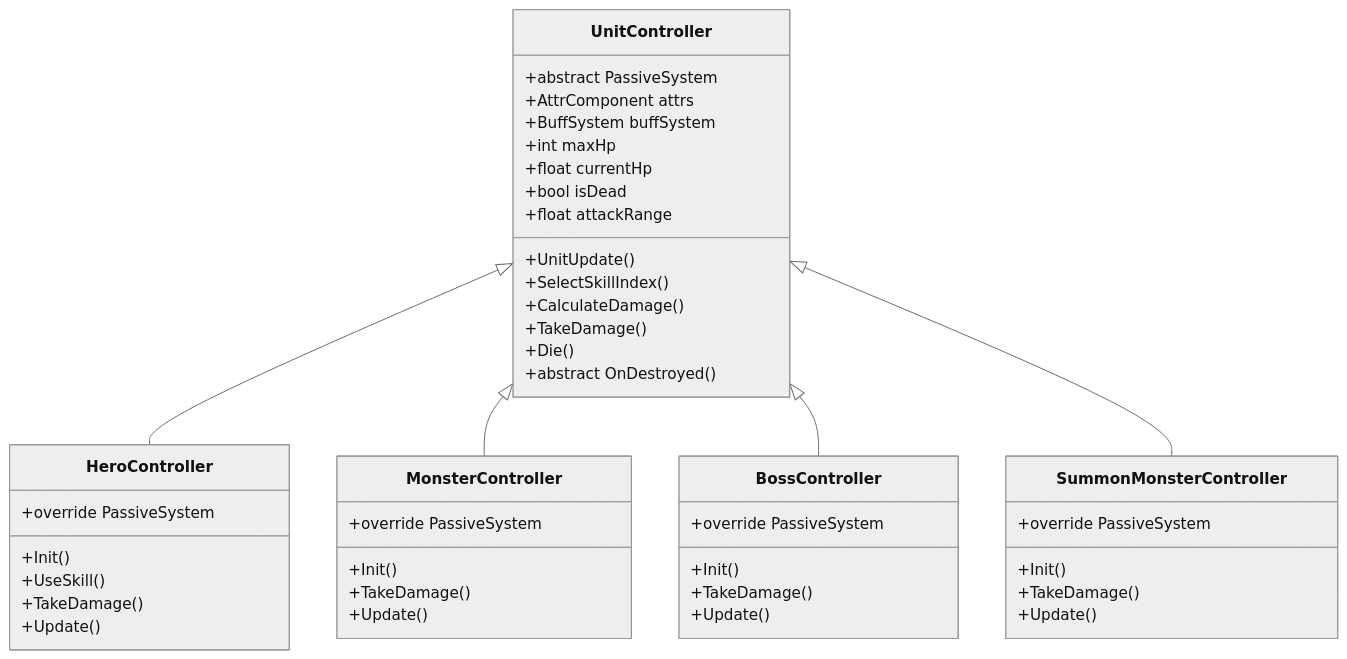
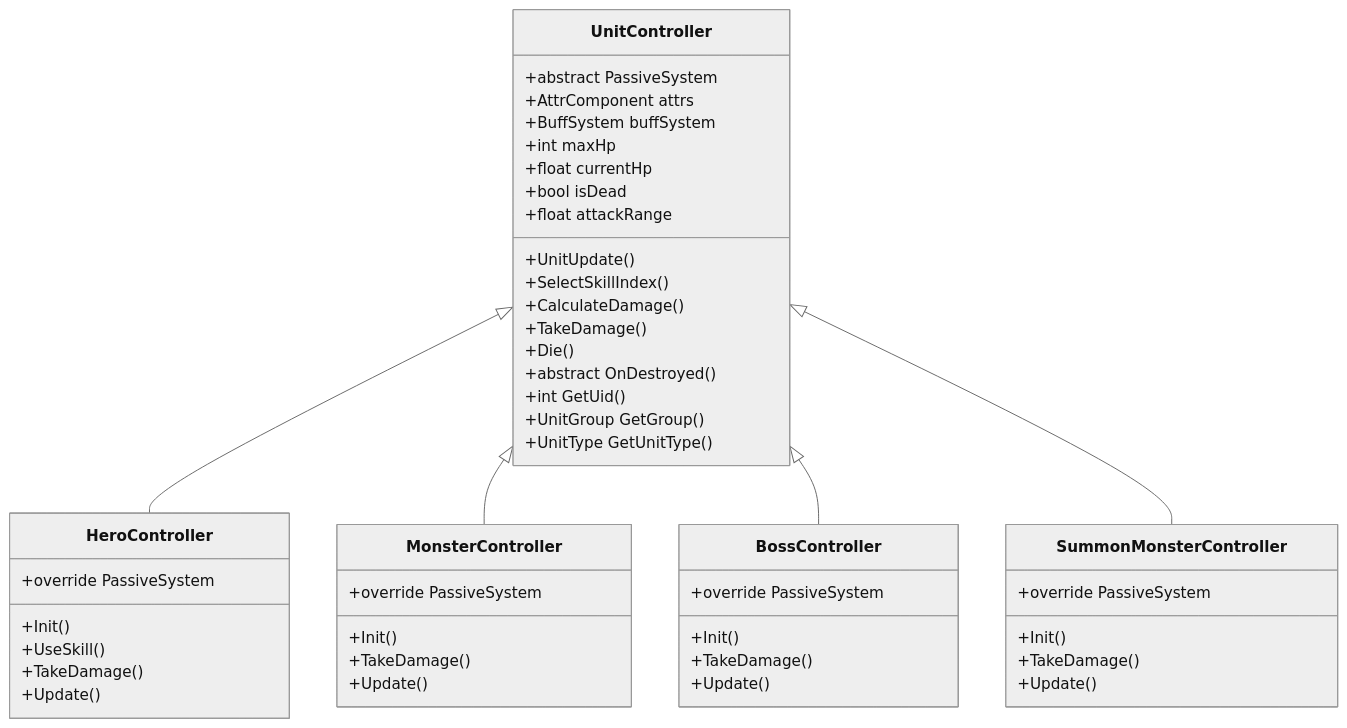
One commit to Tuusen/p1_client changed the third of 9 diagrams in .qoder/repowiki/zh/content/战斗系统/战斗系统.md. Above: the diagram before and after it, drawn with Mermaid (neutral theme). The commit also changed other lines of this file and 36 other files, not shown here.

````diff
--- a/.qoder/repowiki/zh/content/战斗系统/战斗系统.md
+++ b/.qoder/repowiki/zh/content/战斗系统/战斗系统.md
@@ -172,47 +181,50 @@
 ```mermaid
 classDiagram
 class UnitController {
 +abstract PassiveSystem
 +AttrComponent attrs
 +BuffSystem buffSystem
 +int maxHp
 +float currentHp
 +bool isDead
 +float attackRange
 +UnitUpdate()
 +SelectSkillIndex()
 +CalculateDamage()
 +TakeDamage()
 +Die()
 +abstract OnDestroyed()
++int GetUid()
++UnitGroup GetGroup()
++UnitType GetUnitType()
 }
 class HeroController {
 +override PassiveSystem
 +Init()
 +UseSkill()
 +TakeDamage()
 +Update()
 }
 class MonsterController {
 +override PassiveSystem
 +Init()
 +TakeDamage()
 +Update()
 }
 class BossController {
 +override PassiveSystem
 +Init()
 +TakeDamage()
 +Update()
 }
 class SummonMonsterController {
 +override PassiveSystem
 +Init()
 +TakeDamage()
 +Update()
 }
 UnitController <|-- HeroController
 UnitController <|-- MonsterController
 UnitController <|-- BossController
 UnitController <|-- SummonMonsterController
 ```
````
